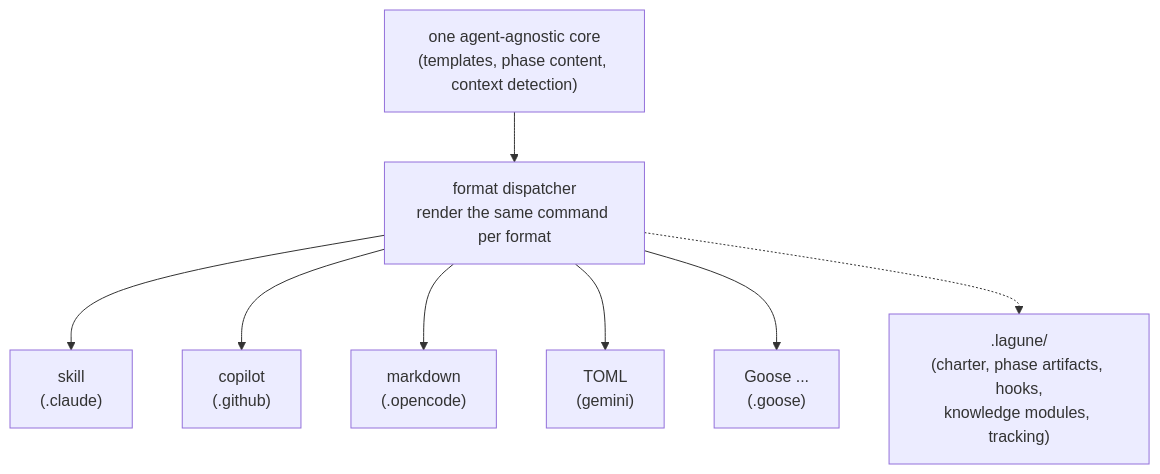
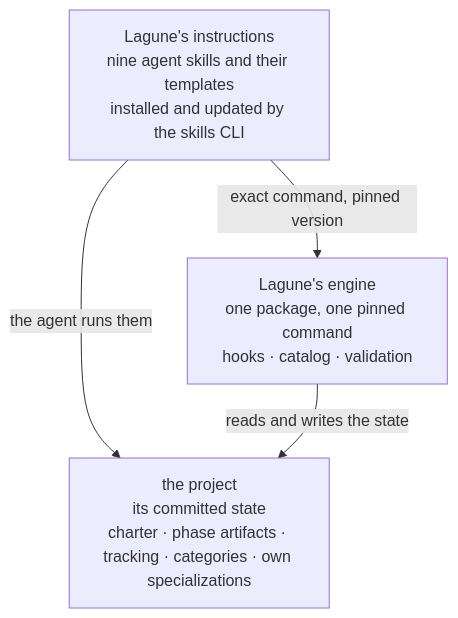
Before and after one commit to wellwelwel/lagune: the sixth of 7 diagrams in website/src/content/PAPER.mdx, drawn with Mermaid. The commit also changed other lines of this file and 376 other files, not shown here.

Commit message:
feat!: distribute Lagune through the skills CLI

````diff
--- a/website/src/content/PAPER.mdx
+++ b/website/src/content/PAPER.mdx
@@ -380,12 +378,9 @@
 ```mermaid
 flowchart TB
-    core["one agent-agnostic core<br/>(templates, phase content, context detection)"]
-    core --> dispatcher
-    dispatcher["format dispatcher<br/>render the same command per format"]
-    dispatcher --> skill["skill<br/>(.claude)"]
-    dispatcher --> copilot["copilot<br/>(.github)"]
-    dispatcher --> markdown["markdown<br/>(.opencode)"]
-    dispatcher --> toml["TOML<br/>(gemini)"]
-    dispatcher --> goose["Goose ...<br/>(.goose)"]
-    dispatcher -.-> lagune[".lagune/<br/>(charter, phase artifacts, hooks,<br/>knowledge modules, tracking)"]
+    skills["Lagune's instructions<br/>nine agent skills and their templates<br/>installed and updated by the skills CLI"]
+    engine["Lagune's engine<br/>one package, one pinned command<br/>hooks · catalog · validation"]
+    project["the project<br/>its committed state<br/>charter · phase artifacts · tracking · categories · own specializations"]
+    skills -->|"the agent runs them"| project
+    skills -->|"exact command, pinned version"| engine
+    engine -->|"reads and writes the state"| project
 ```
````
